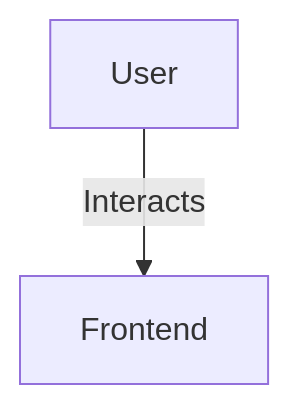
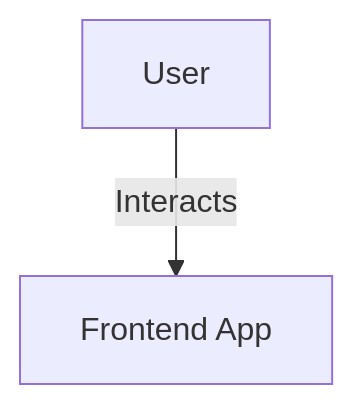
Before and after one commit to finos/architecture-as-code: the diagram in calm-widgets/test-fixtures/related-nodes-widget/relationship-interacts/expected.md, drawn with Mermaid. The commit also changed 61 other files, not shown here.

First line of the commit message:
fix(calm-widgets): resolve node names instead of raw ids in related-nodes diagrams (#2883)

````diff
--- a/calm-widgets/test-fixtures/related-nodes-widget/relationship-interacts/expected.md
+++ b/calm-widgets/test-fixtures/related-nodes-widget/relationship-interacts/expected.md
@@ -1,5 +1,5 @@
 ```mermaid
 graph TD;
-User -- Interacts --> Frontend;
+User[User] -- Interacts --> frontend-svc[Frontend App];
 classDef highlight fill:#f2bbae;
 ```
````
